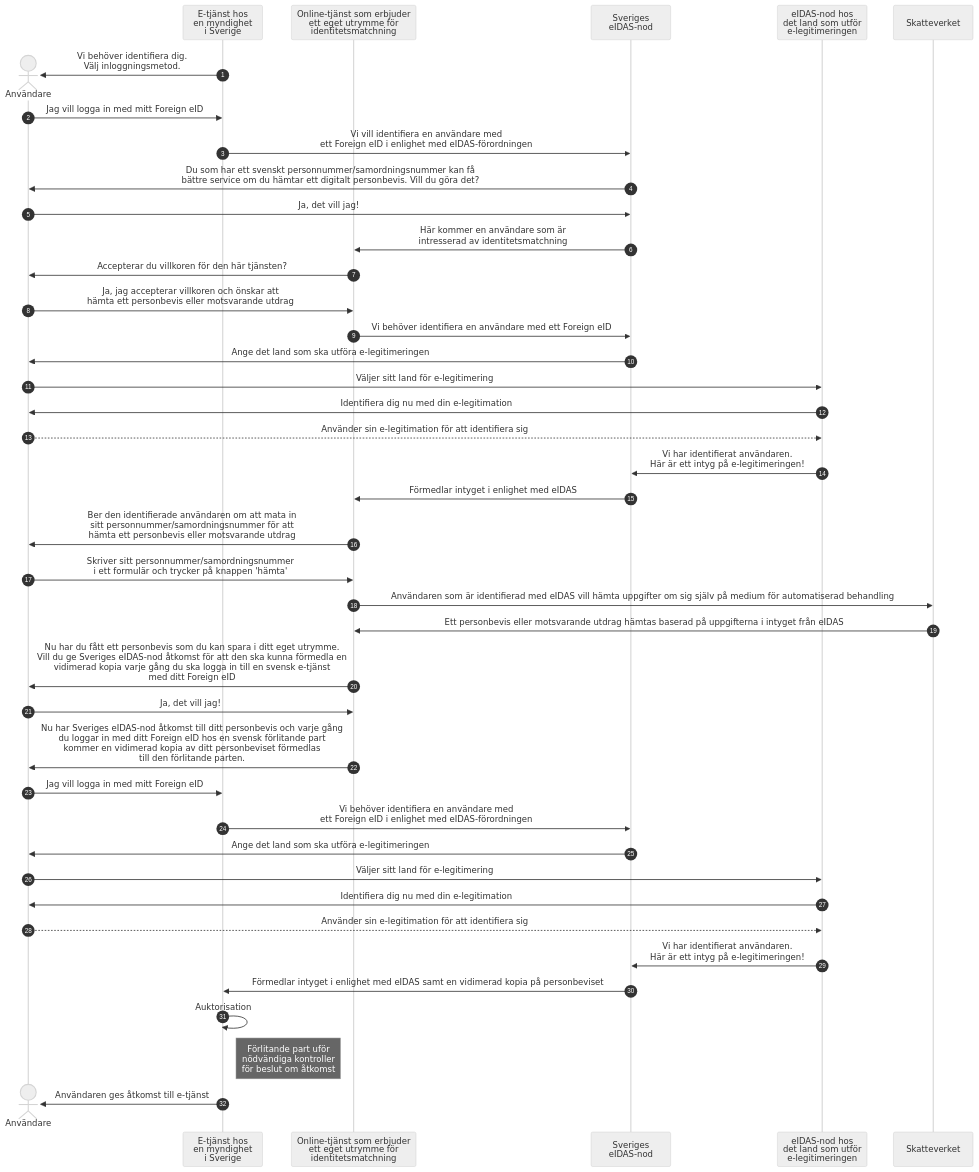
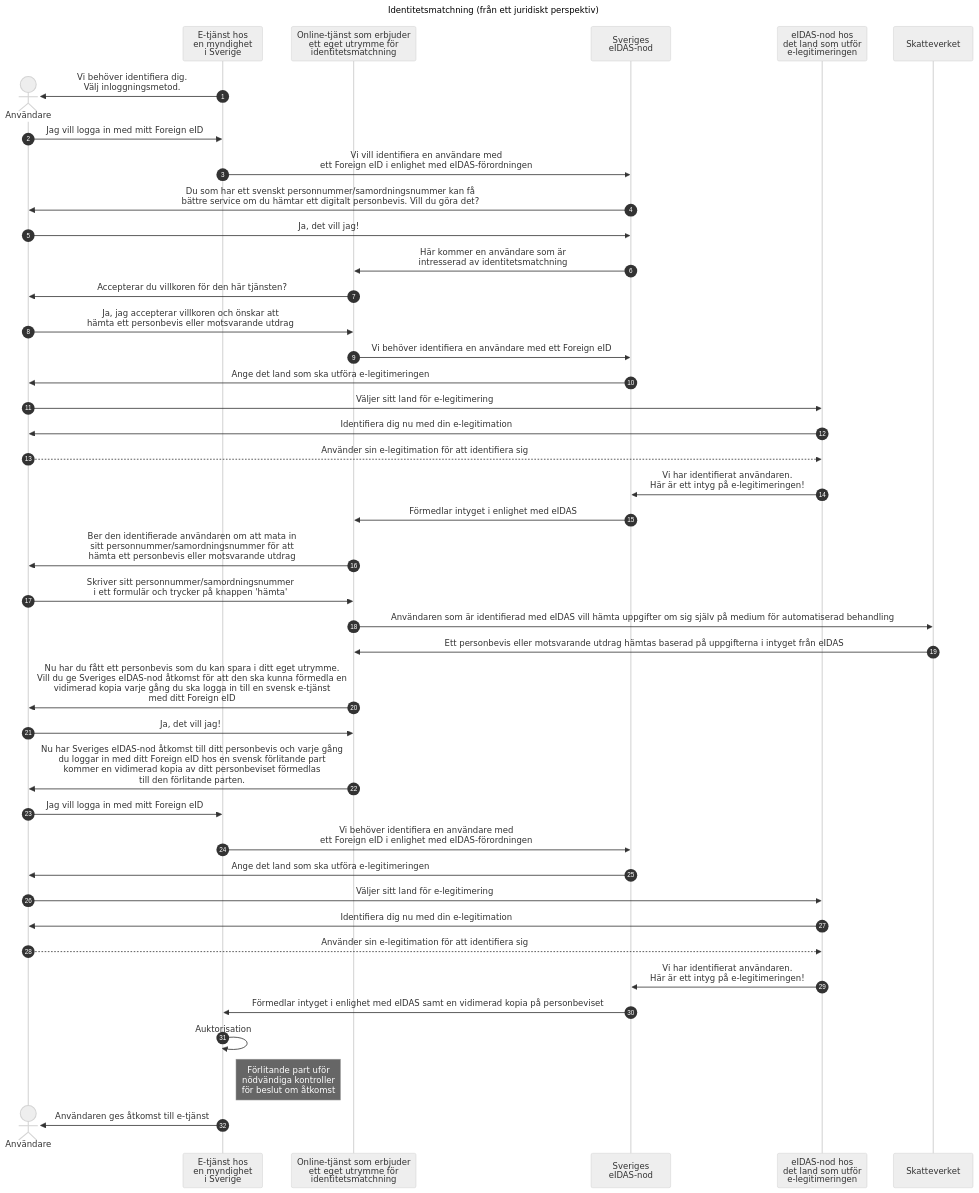
One commit to araskazemi/greenhouse changed the second of 2 diagrams in eIDAS record matching/utkast1.md. Above: the diagram before and after it, drawn with Mermaid (neutral theme). The commit also changed other lines of this file, not shown here.

````diff
--- a/eIDAS record matching/utkast1.md
+++ b/eIDAS record matching/utkast1.md
@@ -4,47 +59,47 @@
 ```mermaid
 
 sequenceDiagram
     autonumber
-
+    title: Identitetsmatchning (från ett juridiskt perspektiv)
     create actor U as Användare
     participant RP as E-tjänst hos<br />en myndighet<br />i Sverige
     participant IDM as Online-tjänst som erbjuder<br />ett eget utrymme för<br />identitetsmatchning
     participant N as Sveriges<br />eIDAS-nod
     participant eID as eIDAS-nod hos<br />det land som utför<br />e-legitimeringen
     participant SV as Skatteverket
     RP->>U: Vi behöver identifiera dig.<br />Välj inloggningsmetod.
     U->>RP: Jag vill logga in med mitt Foreign eID
     RP->>N: Vi vill identifiera en användare med<br />ett Foreign eID i enlighet med eIDAS-förordningen
     N->>U: Du som har ett svenskt personnummer/samordningsnummer kan få<br />bättre service om du hämtar ett digitalt personbevis. Vill du göra det? 
     U->>N: Ja, det vill jag!
     N->>IDM: Här kommer en användare som är<br />intresserad av identitetsmatchning
     IDM->>U: Accepterar du villkoren för den här tjänsten?
     U->>IDM: Ja, jag accepterar villkoren och önskar att<br />hämta ett personbevis eller motsvarande utdrag
     IDM->>N: Vi behöver identifiera en användare med ett Foreign eID
     N->>U: Ange det land som ska utföra e-legitimeringen
     U->>eID: Väljer sitt land för e-legitimering
     eID->>U: Identifiera dig nu med din e-legitimation
     U-->>eID: Använder sin e-legitimation för att identifiera sig
     eID->>N: Vi har identifierat användaren.<br />Här är ett intyg på e-legitimeringen! 
     N->>IDM: Förmedlar intyget i enlighet med eIDAS
     IDM->>U: Ber den identifierade användaren om att mata in<br />sitt personnummer/samordningsnummer för att<br />hämta ett personbevis eller motsvarande utdrag 
     U->>IDM: Skriver sitt personnummer/samordningsnummer<br />i ett formulär och trycker på knappen 'hämta'
     IDM->>SV: Användaren som är identifierad med eIDAS vill hämta uppgifter om sig själv på medium för automatiserad behandling
     SV->>IDM: Ett personbevis eller motsvarande utdrag hämtas baserad på uppgifterna i intyget från eIDAS
     IDM->>U: Nu har du fått ett personbevis som du kan spara i ditt eget utrymme.<br />Vill du ge Sveriges eIDAS-nod åtkomst för att den ska kunna förmedla en<br />vidimerad kopia varje gång du ska logga in till en svensk e-tjänst<br />med ditt Foreign eID
     U->>IDM: Ja, det vill jag!
     IDM->>U: Nu har Sveriges eIDAS-nod åtkomst till ditt personbevis och varje gång<br />du loggar in med ditt Foreign eID hos en svensk förlitande part<br />kommer en vidimerad kopia av ditt personbeviset förmedlas<br />till den förlitande parten.
     U->>RP: Jag vill logga in med mitt Foreign eID
     RP->>N: Vi behöver identifiera en användare med<br />ett Foreign eID i enlighet med eIDAS-förordningen
     N->>U: Ange det land som ska utföra e-legitimeringen
     U->>eID: Väljer sitt land för e-legitimering
     eID->>U: Identifiera dig nu med din e-legitimation
     U-->>eID: Använder sin e-legitimation för att identifiera sig
     eID->>N: Vi har identifierat användaren.<br />Här är ett intyg på e-legitimeringen! 
     N->>RP: Förmedlar intyget i enlighet med eIDAS samt en vidimerad kopia på personbeviset
     RP->>RP: Auktorisation
     Note right of RP: Förlitande part uför<br />nödvändiga kontroller<br />för beslut om åtkomst
     destroy U
     RP->>U: Användaren ges åtkomst till e-tjänst
 
 ```
````
